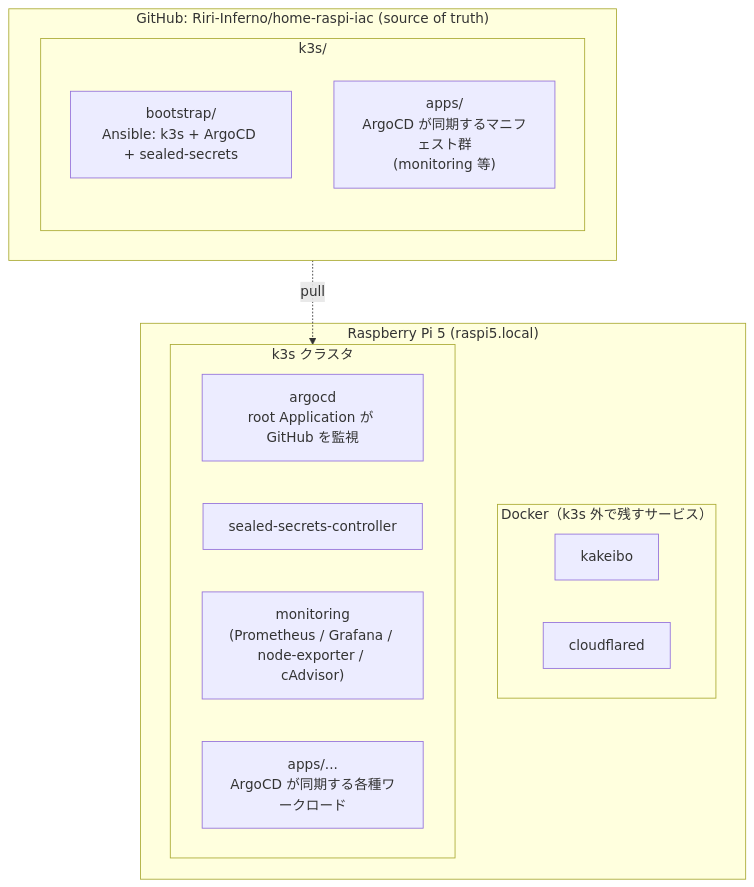
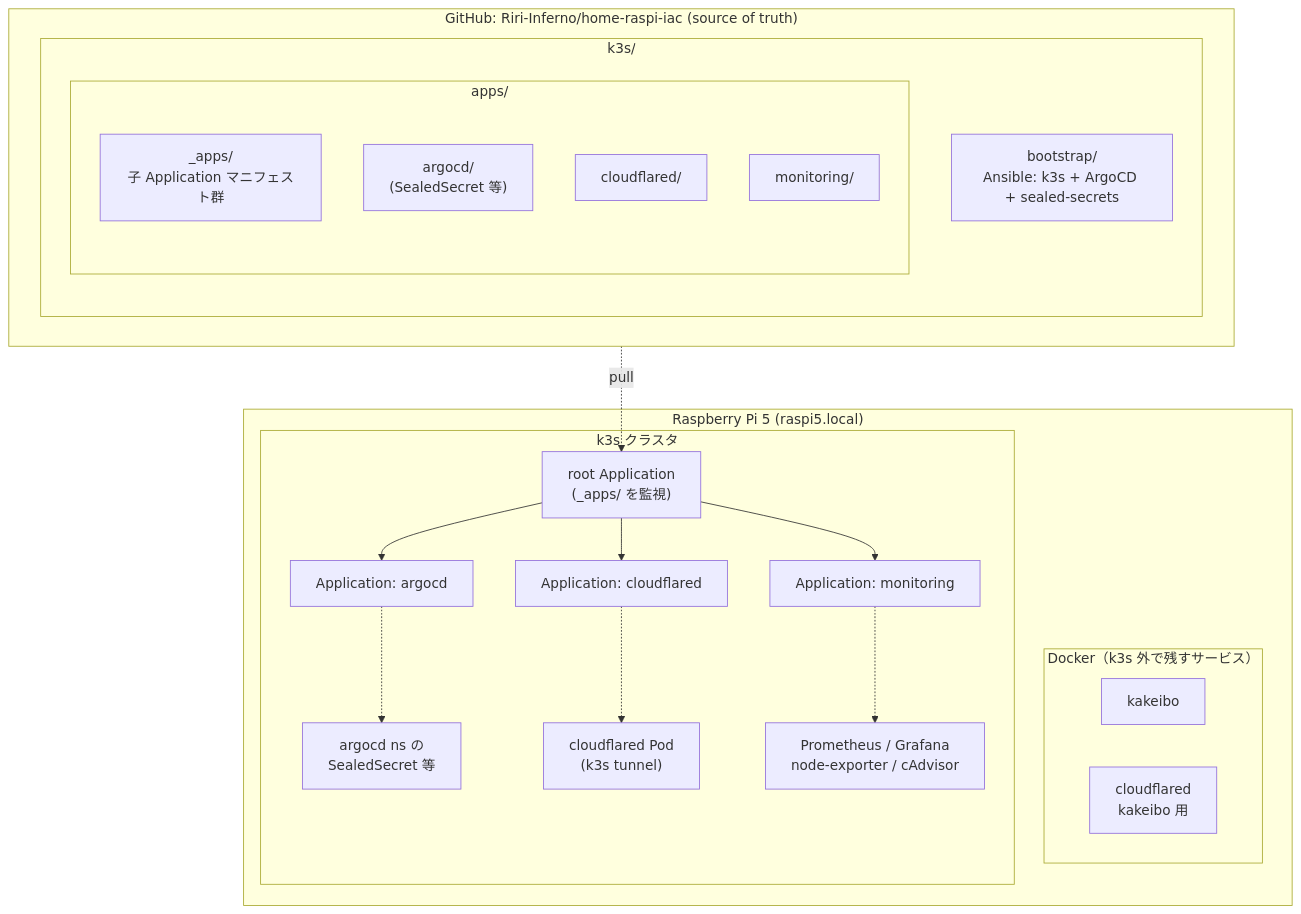
Before and after one commit to Riri-Inferno/home-raspi-iac: the diagram in README.md, drawn with Mermaid. The commit also changed other lines of this file and 6 other files, not shown here.

Commit message:
ArgoCDを App of Apps 構造にリファクタ

````diff
--- a/README.md
+++ b/README.md
@@ -8,24 +10,32 @@
 ```mermaid
 flowchart TD
     subgraph GH["GitHub: Riri-Inferno/home-raspi-iac (source of truth)"]
         subgraph K3S_REPO["k3s/"]
             B["bootstrap/<br/>Ansible: k3s + ArgoCD + sealed-secrets"]
-            A["apps/<br/>ArgoCD が同期するマニフェスト群<br/>(monitoring 等)"]
+            subgraph APPS["apps/"]
+                APPSDIR["_apps/<br/>子 Application マニフェスト群"]
+                ARGOCFG["argocd/<br/>(SealedSecret 等)"]
+                CFD["cloudflared/"]
+                MON["monitoring/"]
+            end
         end
     end
 
     subgraph PI["Raspberry Pi 5 (raspi5.local)"]
         subgraph DOCKER["Docker（k3s 外で残すサービス）"]
             KK[kakeibo]
-            CF[cloudflared]
+            CFD_DOCKER[cloudflared<br/>kakeibo 用]
         end
         subgraph K3S_CL["k3s クラスタ"]
-            ARGO["argocd<br/>root Application が GitHub を監視"]
-            SS[sealed-secrets-controller]
-            MON["monitoring<br/>(Prometheus / Grafana / node-exporter / cAdvisor)"]
-            APPS["apps/...<br/>ArgoCD が同期する各種ワークロード"]
+            ROOT["root Application<br/>(_apps/ を監視)"]
+            ROOT --> APPA["Application: argocd"]
+            ROOT --> APPC["Application: cloudflared"]
+            ROOT --> APPM["Application: monitoring"]
+            APPA -.-> RESA["argocd ns の<br/>SealedSecret 等"]
+            APPC -.-> RESC["cloudflared Pod<br/>(k3s tunnel)"]
+            APPM -.-> RESM["Prometheus / Grafana<br/>node-exporter / cAdvisor"]
         end
     end
 
-    GH -.->|pull| K3S_CL
+    GH -.->|pull| ROOT
 ```
````
